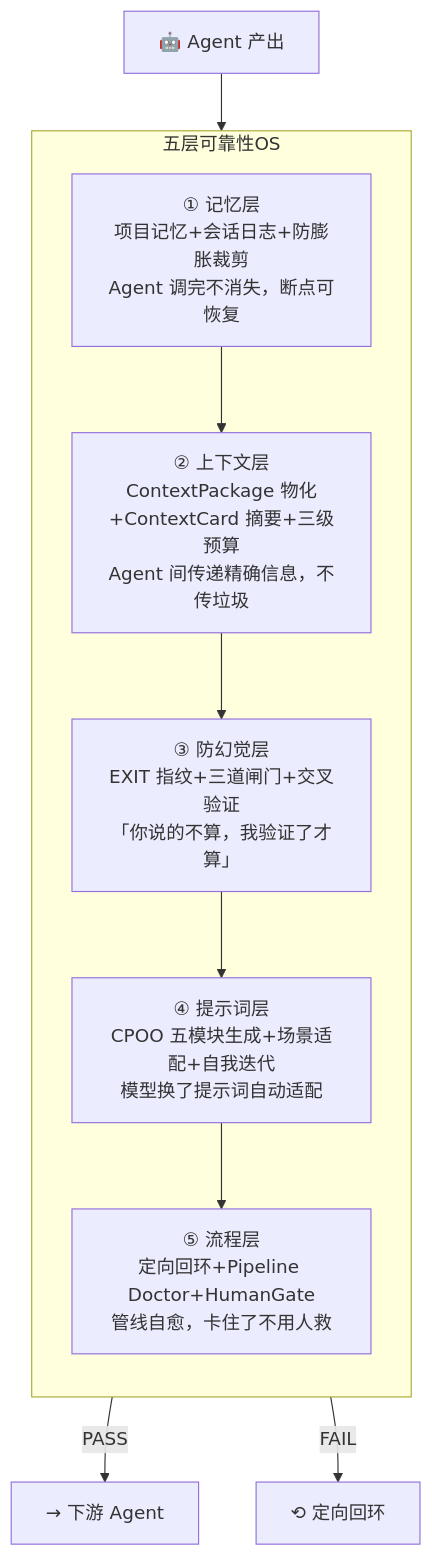
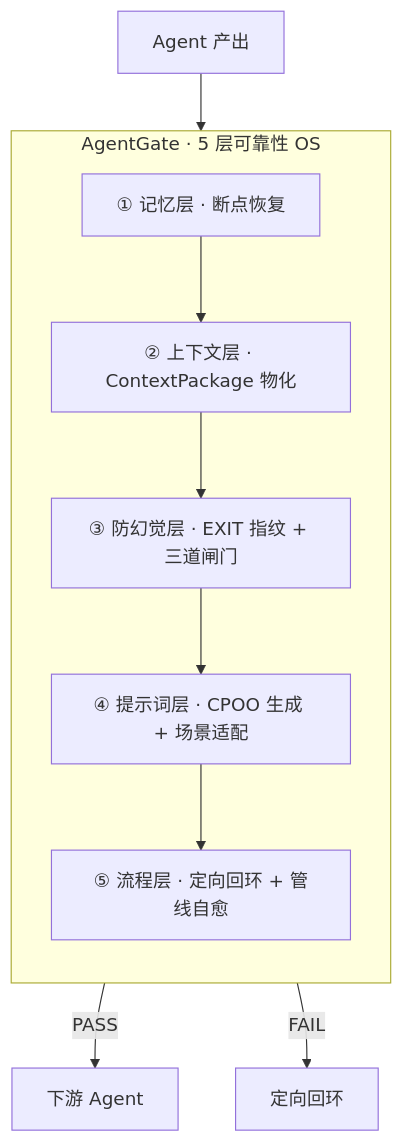
The first of 3 diagrams in README.md (zw-onemaker-ai/agent_gate), drawn with Mermaid before and after one commit. The commit also changed other lines of this file, not shown here.

Commit message:
docs: redesign README diagrams with mermaid and fix stale references

````diff
--- a/README.md
+++ b/README.md
@@ -29,17 +29,16 @@
 ```mermaid
 flowchart TB
-    subgraph 五层可靠性OS
+    subgraph OS["AgentGate · 5 层可靠性 OS"]
         direction TB
-        L1["① 记忆层<br/>项目记忆+会话日志+防膨胀裁剪<br/>Agent 调完不消失，断点可恢复"]
-        L2["② 上下文层<br/>ContextPackage 物化+ContextCard 摘要+三级预算<br/>Agent 间传递精确信息，不传垃圾"]
-        L3["③ 防幻觉层<br/>EXIT 指纹+三道闸门+交叉验证<br/>「你说的不算，我验证了才算」"]
-        L4["④ 提示词层<br/>CPOO 五模块生成+场景适配+自我迭代<br/>模型换了提示词自动适配"]
-        L5["⑤ 流程层<br/>定向回环+Pipeline Doctor+HumanGate<br/>管线自愈，卡住了不用人救"]
-        
-        L1 --> L2 --> L3 --> L4 --> L5
+        M1["① 记忆层 · 断点恢复"]
+        M2["② 上下文层 · ContextPackage 物化"]
+        M3["③ 防幻觉层 · EXIT 指纹 + 三道闸门"]
+        M4["④ 提示词层 · CPOO 生成 + 场景适配"]
+        M5["⑤ 流程层 · 定向回环 + 管线自愈"]
+        M1 --> M2 --> M3 --> M4 --> M5
     end
-    
-    Agent["🤖 Agent 产出"] --> L3
-    L3 -->|PASS| Next["→ 下游 Agent"]
-    L3 -->|FAIL| Loop["⟲ 定向回环"]
+
+    A["Agent 产出"] --> M3
+    M3 -->|"PASS"| N["下游 Agent"]
+    M3 -->|"FAIL"| L["定向回环"]
 ```
````
